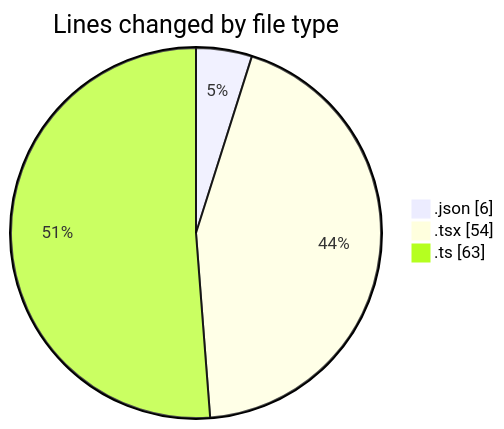
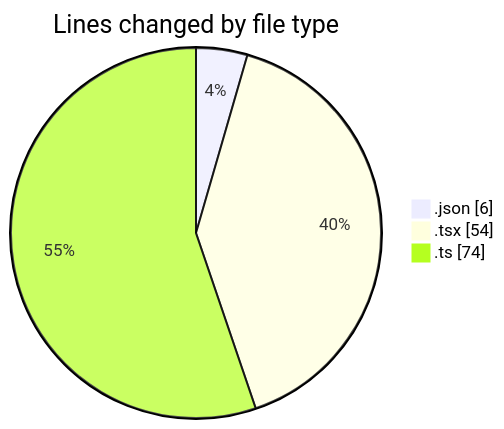
Before and after one commit to Elitesun/code-tracking: the first of 2 diagrams in 2025-05-01/niten/README.md, drawn with Mermaid. The commit also changed other lines of this file and 1 other file, not shown here.

````diff
--- a/2025-05-01/niten/README.md
+++ b/2025-05-01/niten/README.md
@@ -24,7 +25,7 @@
 ```mermaid
 pie showData
 title Lines changed by file type
 ".json" : 6
 ".tsx" : 54
-".ts" : 63
+".ts" : 74
 ```
````
